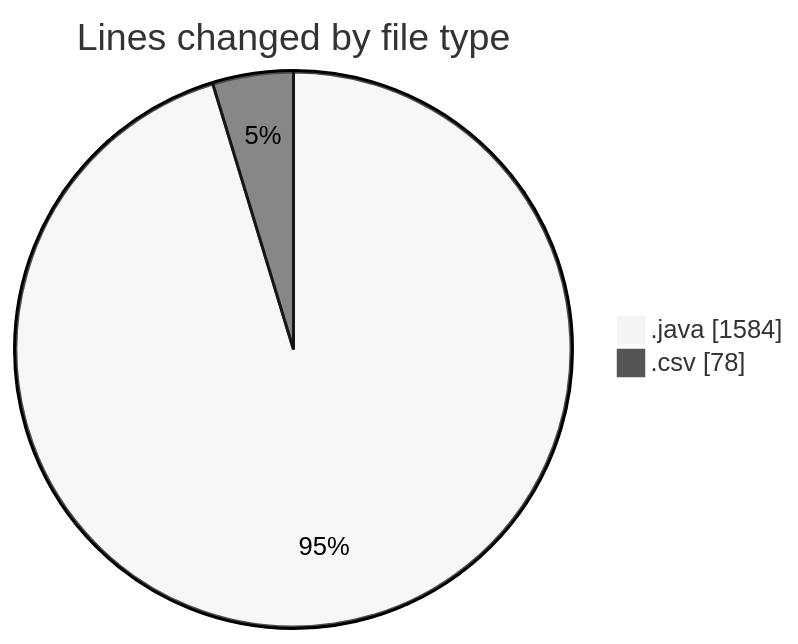
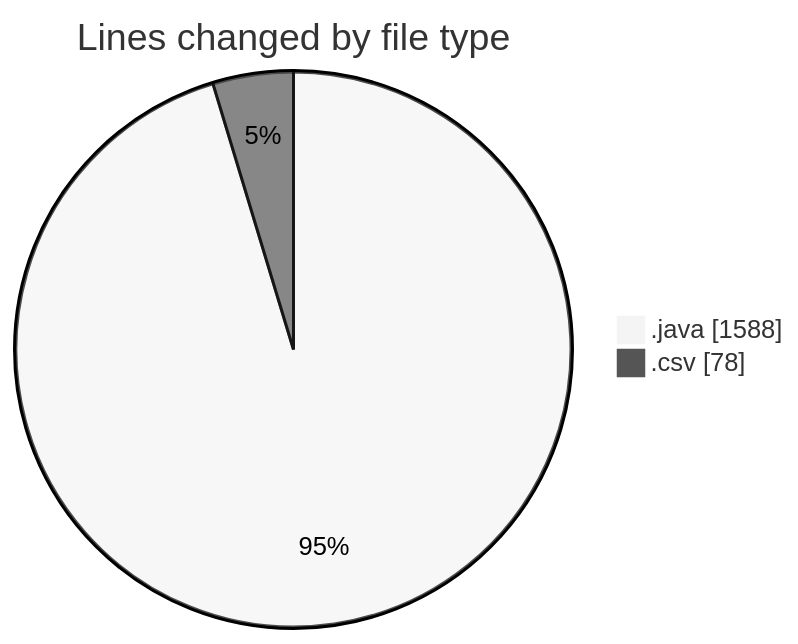
One commit to ricardozamudiocil/code-tracking changed the first of 2 diagrams in 2026-04-13/cilapp/README.md. Above: the diagram before and after it, drawn with Mermaid (neutral theme). The commit also changed other lines of this file and 1 other file, not shown here.

````diff
--- a/2026-04-13/cilapp/README.md
+++ b/2026-04-13/cilapp/README.md
@@ -27,6 +27,6 @@
 ```mermaid
 pie showData
 title Lines changed by file type
-".java" : 1584
+".java" : 1588
 ".csv" : 78
 ```
````
